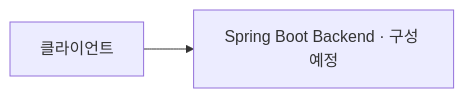
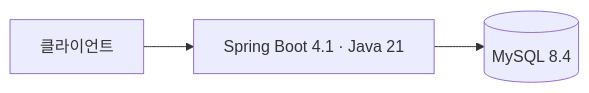
Before and after one commit to 2026Ganzi-Thon/2026_GANZITHON_TEAM_07_BE: the diagram in README.md, drawn with Mermaid. The commit also changed other lines of this file and 25 other files, not shown here.

Commit message:
build: Java 21 백엔드와 MySQL 및 Swagger 초기 구성

````diff
--- a/README.md
+++ b/README.md
@@ -38,4 +41,5 @@
 ```mermaid
 flowchart LR
-    Client[클라이언트] --> Backend[Spring Boot Backend · 구성 예정]
+    Client[클라이언트] --> Backend[Spring Boot 4.1 · Java 21]
+    Backend --> DB[(MySQL 8.4)]
 ```
````
